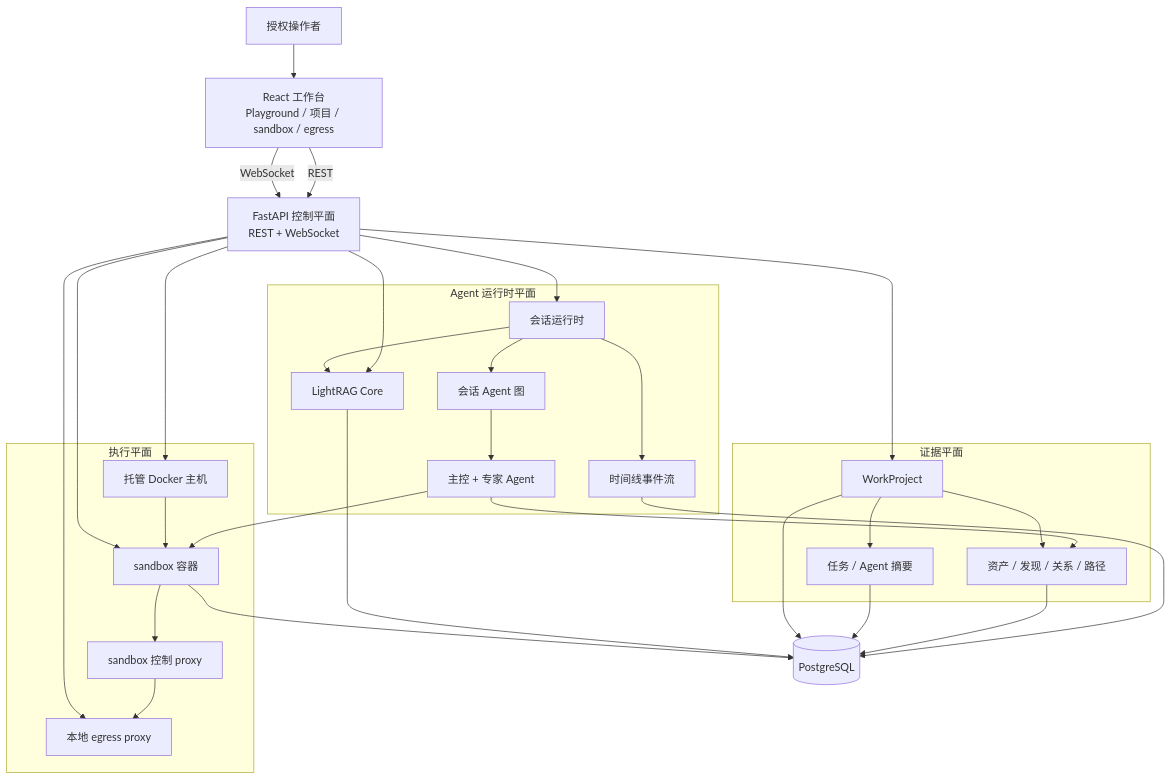
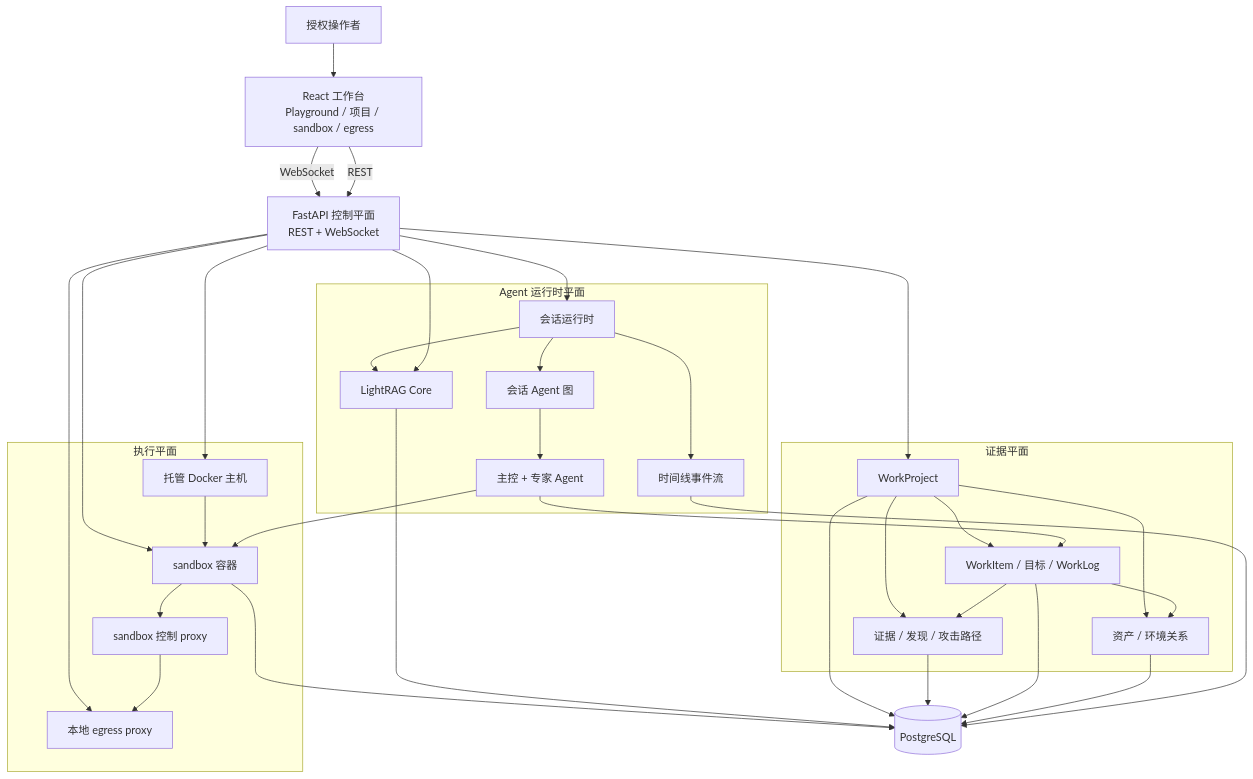
Before and after one commit to MolTau9527/Z3r0: the first of 4 diagrams in README_zh.md, drawn with Mermaid. The commit also changed other lines of this file and 113 other files, not shown here.

Commit message:
feat: Add graph-driven WorkProject orchestration and evidence-backed red team workflows

````diff
--- a/README_zh.md
+++ b/README_zh.md
@@ -41,52 +41,57 @@
 ```mermaid
 flowchart TB
   Operator["授权操作者"]
   Workbench["React 工作台<br/>Playground / 项目 / sandbox / egress"]
   API["FastAPI 控制平面<br/>REST + WebSocket"]
 
   subgraph Runtime["Agent 运行时平面"]
     Session["会话运行时"]
     Graph["会话 Agent 图"]
     Team["主控 + 专家 Agent"]
     RAG["LightRAG Core"]
     Timeline["时间线事件流"]
   end
 
   subgraph Evidence["证据平面"]
     Project["WorkProject"]
-    Records["资产 / 发现 / 关系 / 路径"]
-    Tasks["任务 / Agent 摘要"]
+    GraphData["资产 / 环境关系"]
+    Workflow["WorkItem / 目标 / WorkLog"]
+    Conclusions["证据 / 发现 / 攻击路径"]
   end
 
   subgraph Execution["执行平面"]
     Hosts["托管 Docker 主机"]
     Containers["sandbox 容器"]
     ControlProxy["sandbox 控制 proxy"]
     Egress["本地 egress proxy"]
   end
 
   Store[("PostgreSQL")]
 
   Operator --> Workbench
   Workbench -->|REST| API
   Workbench -->|WebSocket| API
   API --> Session --> Graph --> Team
   API --> RAG
   Session --> RAG
-  Team --> Records
+  Team --> Workflow
+  Workflow --> GraphData
+  Workflow --> Conclusions
   Team --> Containers
   Session --> Timeline
-  Project --> Records
-  Project --> Tasks
+  Project --> GraphData
+  Project --> Workflow
+  Project --> Conclusions
   Hosts --> Containers --> ControlProxy --> Egress
   API --> Project
   API --> Hosts
   API --> Containers
   API --> Egress
   Timeline --> Store
-  Records --> Store
-  Tasks --> Store
+  GraphData --> Store
+  Workflow --> Store
+  Conclusions --> Store
   Project --> Store
   Containers --> Store
   RAG --> Store
 ```
````
